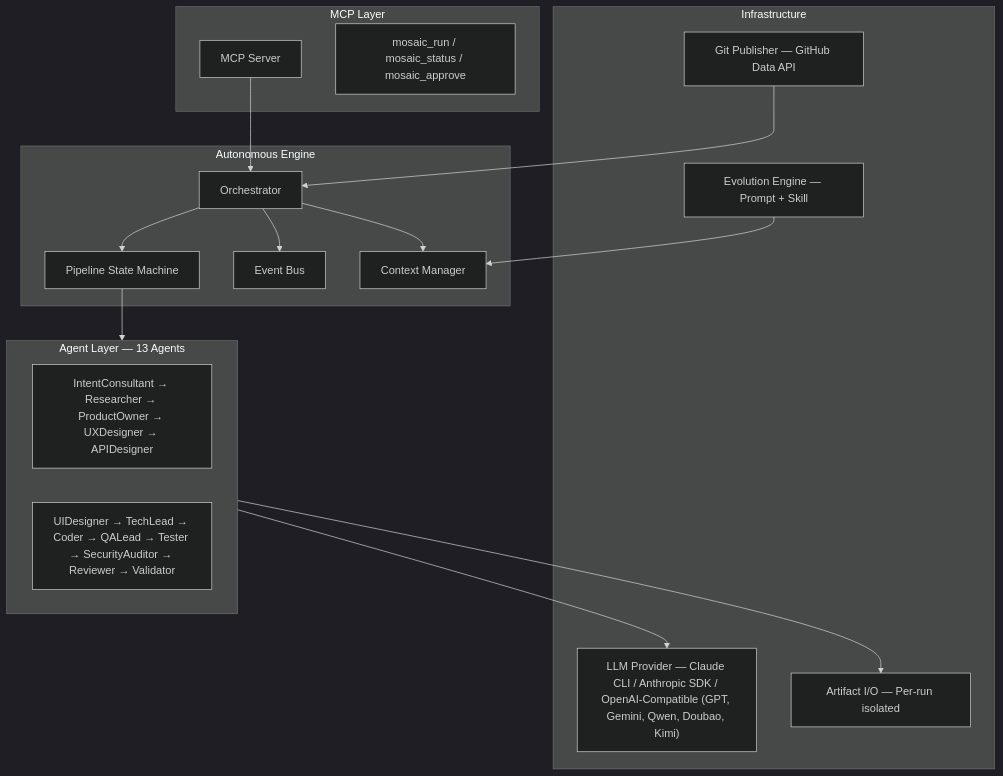
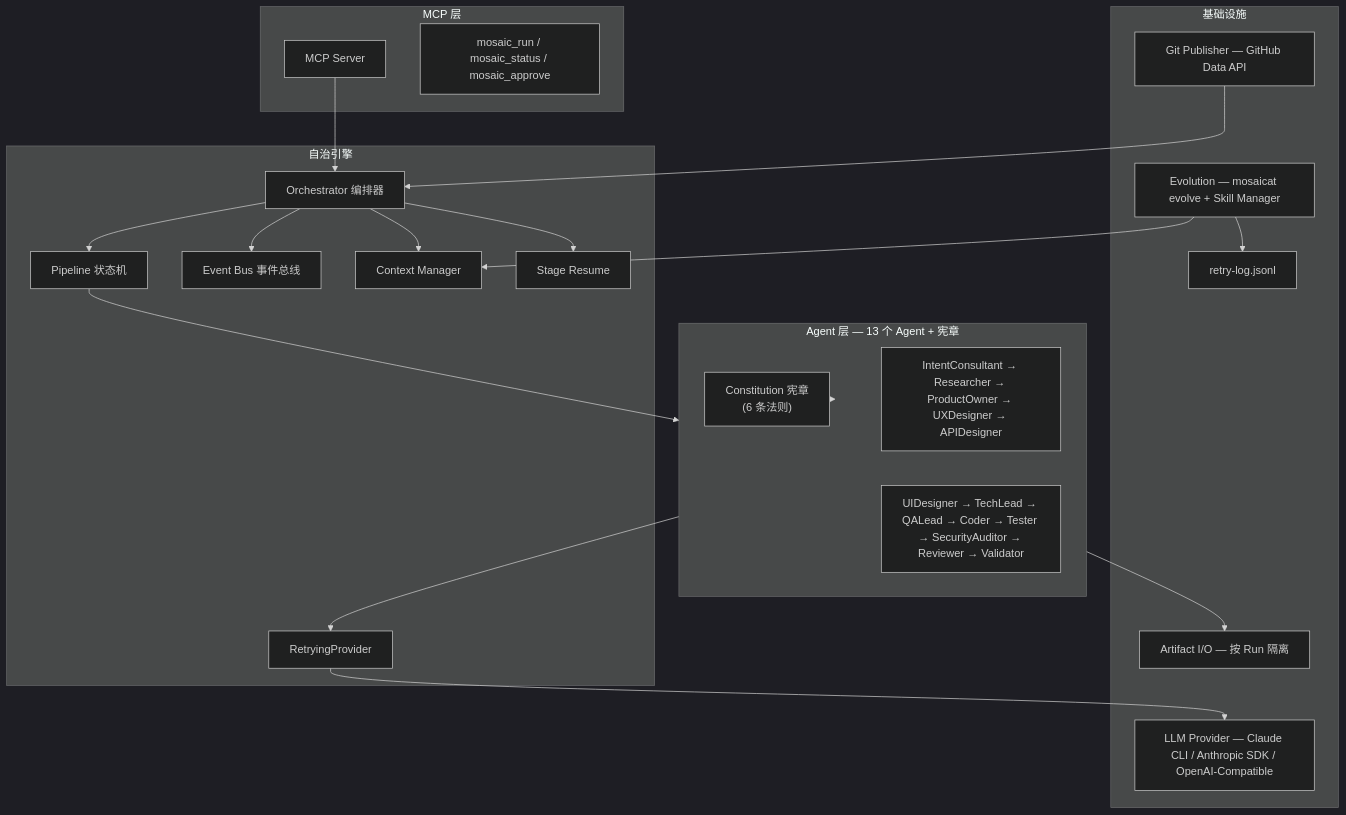
The third of 3 diagrams in README.md (ZB-ur/mosaicat), drawn with Mermaid (dark theme) before and after one commit. The commit also changed other lines of this file and 3 other files, not shown here.

````diff
--- a/README.md
+++ b/README.md
@@ -371,37 +398,45 @@
 ```mermaid
 graph TB
-    subgraph MCP["MCP Layer"]
+    subgraph MCP["MCP 层"]
         MCPServer["MCP Server"]
         MCPTools["mosaic_run / mosaic_status / mosaic_approve"]
     end
 
-    subgraph Engine["Autonomous Engine"]
-        Orch["Orchestrator"]
-        Pipeline["Pipeline State Machine"]
-        EventBus["Event Bus"]
+    subgraph Engine["自治引擎"]
+        Orch["Orchestrator 编排器"]
+        Pipeline["Pipeline 状态机"]
+        EventBus["Event Bus 事件总线"]
         CtxMgr["Context Manager"]
+        Resume["Stage Resume"]
+        RetryProv["RetryingProvider"]
     end
 
-    subgraph Agents["Agent Layer — 13 Agents"]
+    subgraph Agents["Agent 层 — 13 个 Agent + 宪章"]
         direction LR
+        Constitution["Constitution 宪章<br/>(6 条法则)"]
         A1["IntentConsultant → Researcher → ProductOwner → UXDesigner → APIDesigner"]
-        A2["UIDesigner → TechLead → Coder → QALead → Tester → SecurityAuditor → Reviewer → Validator"]
+        A2["UIDesigner → TechLead → QALead → Coder → Tester → SecurityAuditor → Reviewer → Validator"]
     end
 
-    subgraph Infra["Infrastructure"]
-        Provider["LLM Provider — Claude CLI / Anthropic SDK / OpenAI-Compatible (GPT, Gemini, Qwen, Doubao, Kimi)"]
+    subgraph Infra["基础设施"]
+        Provider["LLM Provider — Claude CLI / Anthropic SDK / OpenAI-Compatible"]
         Git["Git Publisher — GitHub Data API"]
-        Artifacts["Artifact I/O — Per-run isolated"]
-        Evolution["Evolution Engine — Prompt + Skill"]
+        Artifacts["Artifact I/O — 按 Run 隔离"]
+        Evolution["Evolution — mosaicat evolve + Skill Manager"]
+        RetryLog["retry-log.jsonl"]
     end
 
     MCPServer --> Orch
     Orch --> Pipeline
     Orch --> EventBus
     Orch --> CtxMgr
+    Orch --> Resume
     Pipeline --> Agents
-    Agents --> Provider
+    Constitution --> Agents
+    Agents --> RetryProv
+    RetryProv --> Provider
     Agents --> Artifacts
     Git --> Orch
+    Evolution --> RetryLog
     Evolution --> CtxMgr
 ```
````
